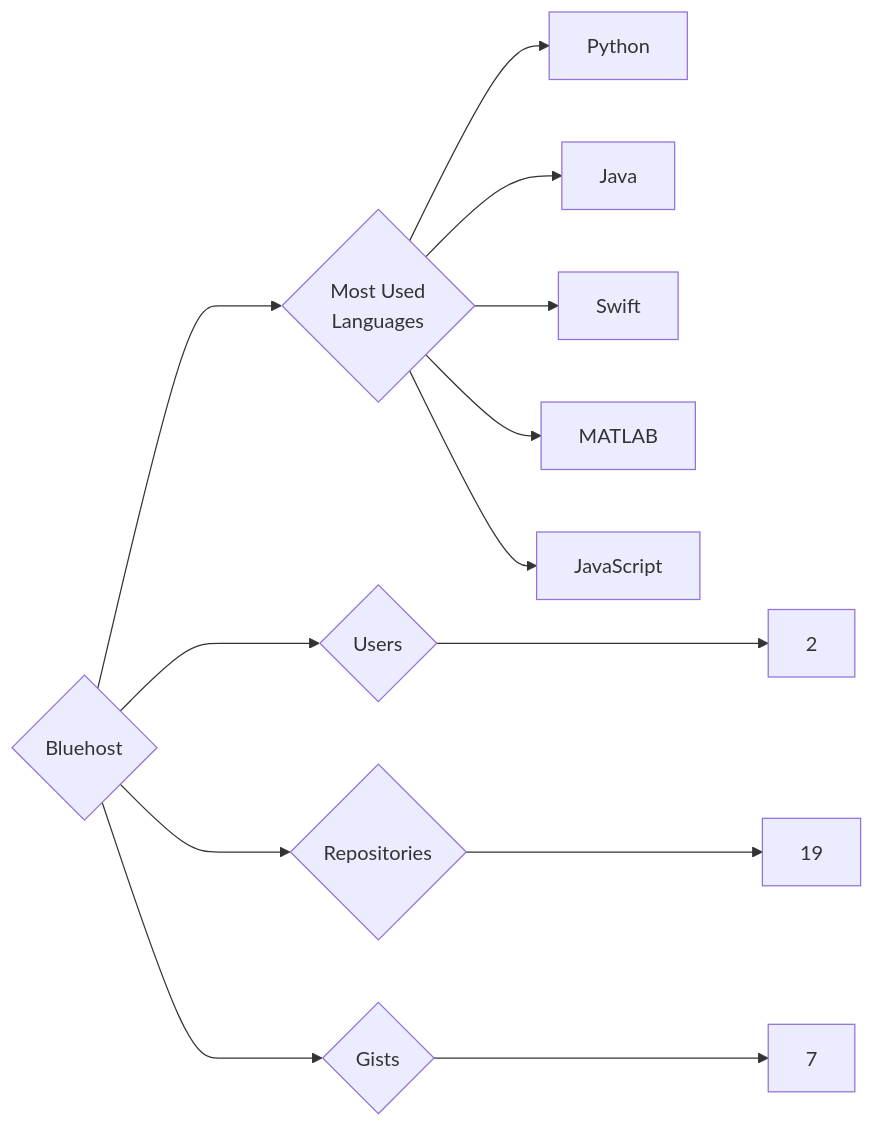
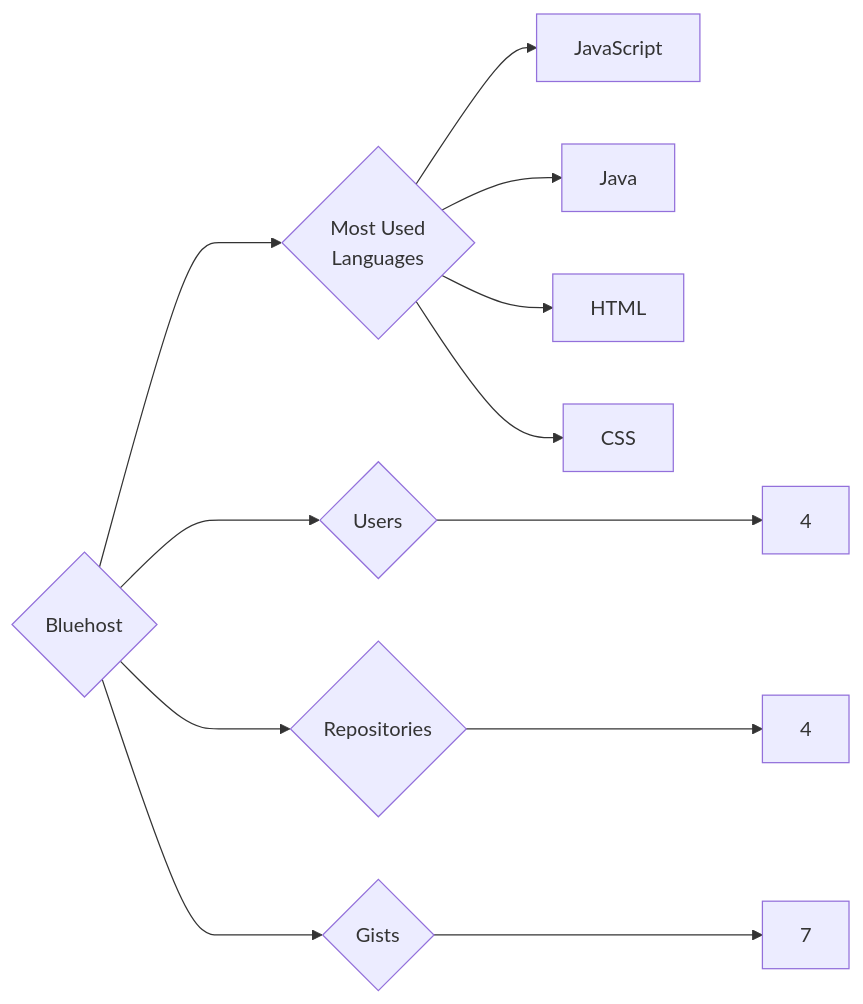
The diagram in targets/Bluehost/README.md (trickest/insiders), drawn with Mermaid before and after one commit. The commit also changed 1023 other files, not shown here.

````diff
--- a/targets/Bluehost/README.md
+++ b/targets/Bluehost/README.md
@@ -3,13 +3,12 @@
 ```mermaid
 graph LR
 COMPANY_NAME{Bluehost}
-COMPANY_NAME ---> U{Users} ---> UN[2]
-COMPANY_NAME ---> R{Repositories} ---> RN[19]
+COMPANY_NAME ---> U{Users} ---> UN[4]
+COMPANY_NAME ---> R{Repositories} ---> RN[4]
 COMPANY_NAME ---> G{Gists} ---> GN[7]
 COMPANY_NAME ---> ML{Most Used<br>Languages}
-ML --> Python[Python]
+ML --> JavaScript[JavaScript]
 ML --> Java[Java]
-ML --> Swift[Swift]
-ML --> MATLAB[MATLAB]
-ML --> JavaScript[JavaScript]
+ML --> HTML[HTML]
+ML --> CSS[CSS]
 ```
````
